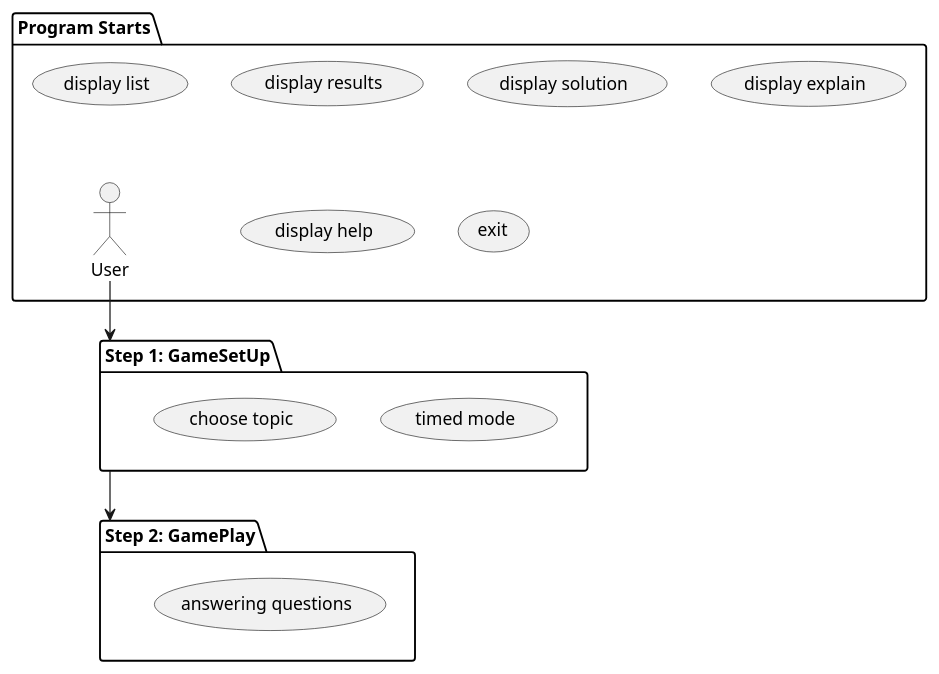
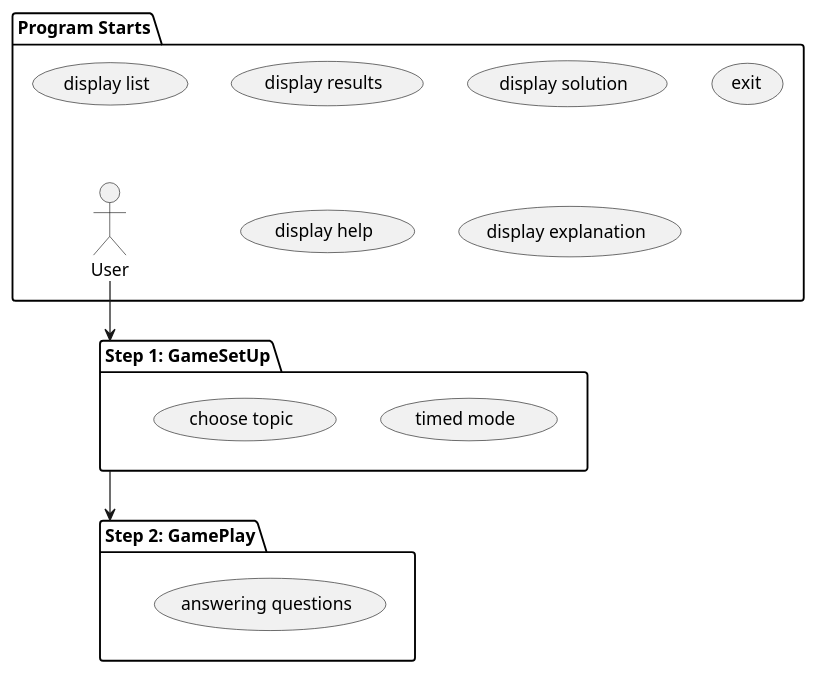
One commit to yuhengr/tp changed the diagram in docs/team/img/PlantUML/GameFlow.puml. Above: the diagram before and after it, drawn with PlantUML. The commit also changed 1 other file, not shown here.

```diff
--- a/docs/team/img/PlantUML/GameFlow.puml
+++ b/docs/team/img/PlantUML/GameFlow.puml
@@ -1,27 +1,27 @@
 @startuml
 
 left to right direction
 top to bottom direction
 
 package "Program Starts" as AnyUserCommands {
     actor User
     (display results)
     (display solution)
-    (display explain)
+    (exit)
     (display help)
     (display list) -[hidden]- User
-    (exit)
+    (display explanation)
 }
 
 package "Step 1: GameSetUp" as SetUp {
     (timed mode)
     (choose topic)
 }
 package "Step 2: GamePlay" as GamePlay {
     (answering questions)
 }
 
 User --> SetUp
 SetUp --> GamePlay
 
 @enduml
```
